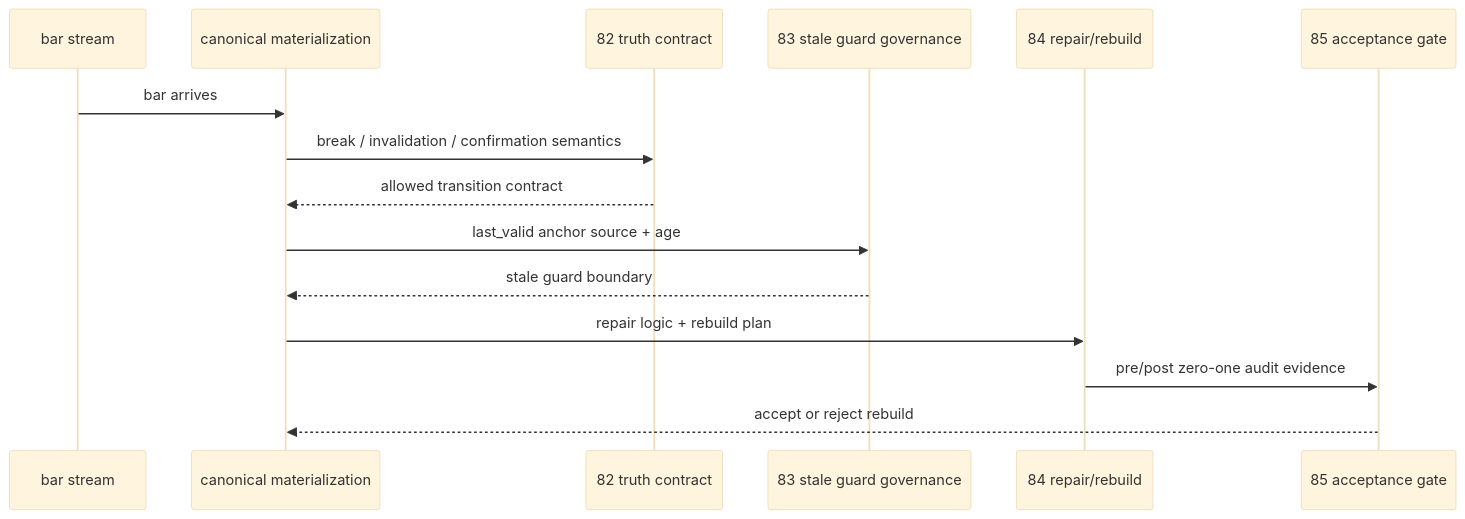
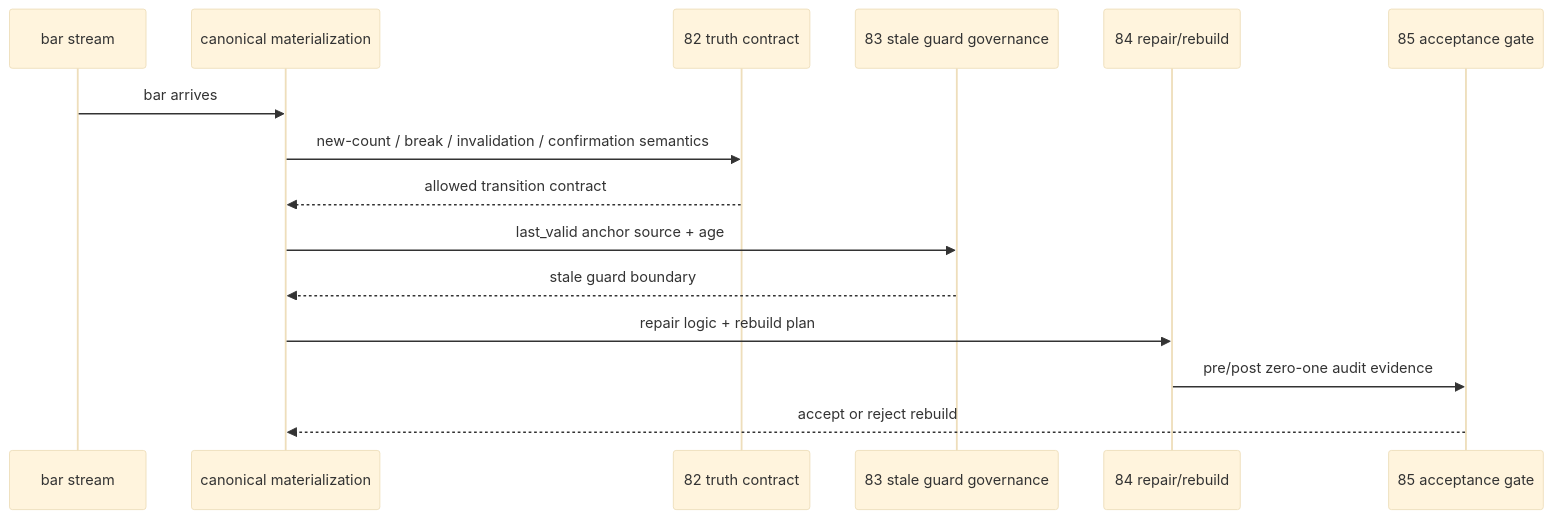
One commit to everything-is-simple/lifespan-0.01 changed the fourth of 5 diagrams in docs/01-design/modules/malf/17-malf-truth-contract-stale-guard-and-rebuild-governance-charter-20260419.md. Above: the diagram before and after it, drawn with Mermaid (base theme). The commit also changed other lines of this file and 4 other files, not shown here.

````diff
--- a/docs/01-design/modules/malf/17-malf-truth-contract-stale-guard-and-rebuild-governance-charter-20260419.md
+++ b/docs/01-design/modules/malf/17-malf-truth-contract-stale-guard-and-rebuild-governance-charter-20260419.md
@@ -99,18 +135,18 @@
 ```mermaid
 sequenceDiagram
     participant B as bar stream
     participant C as canonical materialization
     participant A82 as 82 truth contract
     participant A83 as 83 stale guard governance
     participant A84 as 84 repair/rebuild
     participant A85 as 85 acceptance gate
 
     B->>C: bar arrives
-    C->>A82: break / invalidation / confirmation semantics
+    C->>A82: new-count / break / invalidation / confirmation semantics
     A82-->>C: allowed transition contract
     C->>A83: last_valid anchor source + age
     A83-->>C: stale guard boundary
     C->>A84: repair logic + rebuild plan
     A84->>A85: pre/post zero-one audit evidence
     A85-->>C: accept or reject rebuild
 ```
````
